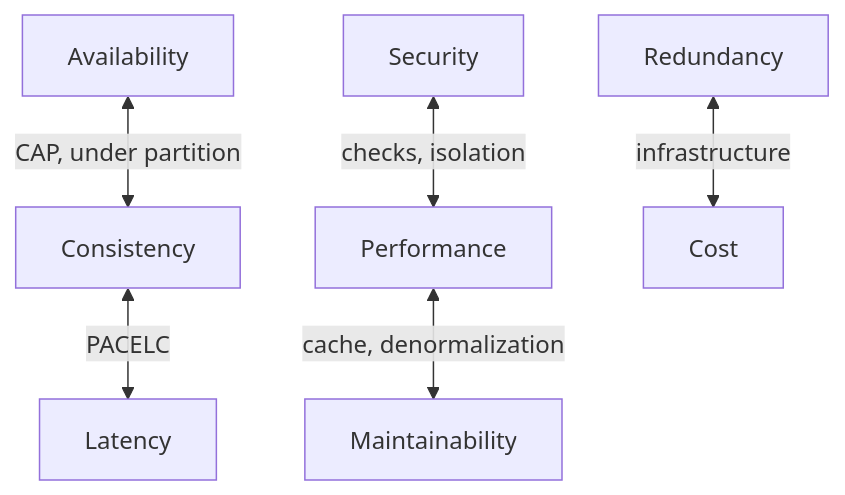
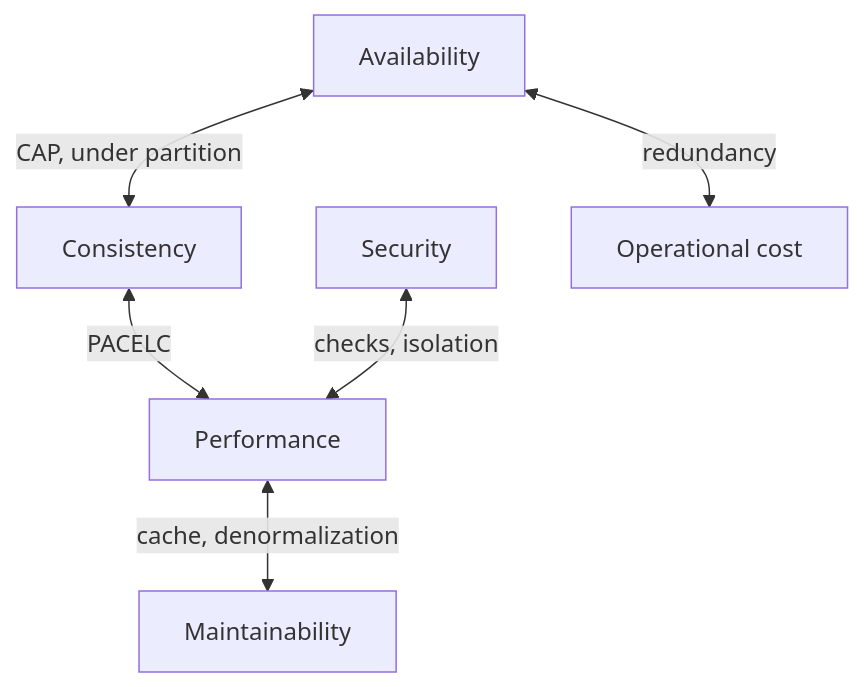
The diagram in i18n/en-US/docusaurus-plugin-content-docs/current/01-fundamentals/quality-attributes.md (oadcavalcante/software-architecture-mastery), drawn with Mermaid before and after one commit. The commit also changed other lines of this file and 21 other files, not shown here.

````diff
--- a/i18n/en-US/docusaurus-plugin-content-docs/current/01-fundamentals/quality-attributes.md
+++ b/i18n/en-US/docusaurus-plugin-content-docs/current/01-fundamentals/quality-attributes.md
@@ -68,8 +68,8 @@
 ```mermaid
 graph TB
-  C[Consistency] <-->|PACELC| L[Latency]
+  C[Consistency] <-->|PACELC| P[Performance]
   D[Availability] <-->|CAP, under partition| C
-  P[Performance] <-->|cache, denormalization| M[Maintainability]
+  P <-->|cache, denormalization| M[Maintainability]
   S[Security] <-->|checks, isolation| P
-  R[Redundancy] <-->|infrastructure| K[Cost]
+  D <-->|redundancy| K[Operational cost]
 ```
````
